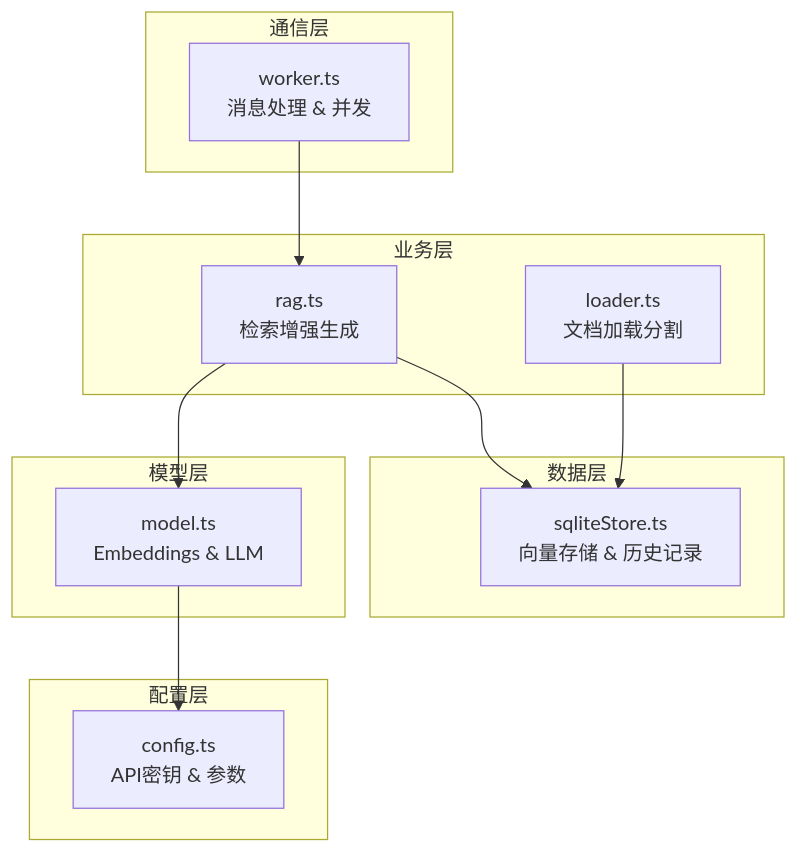
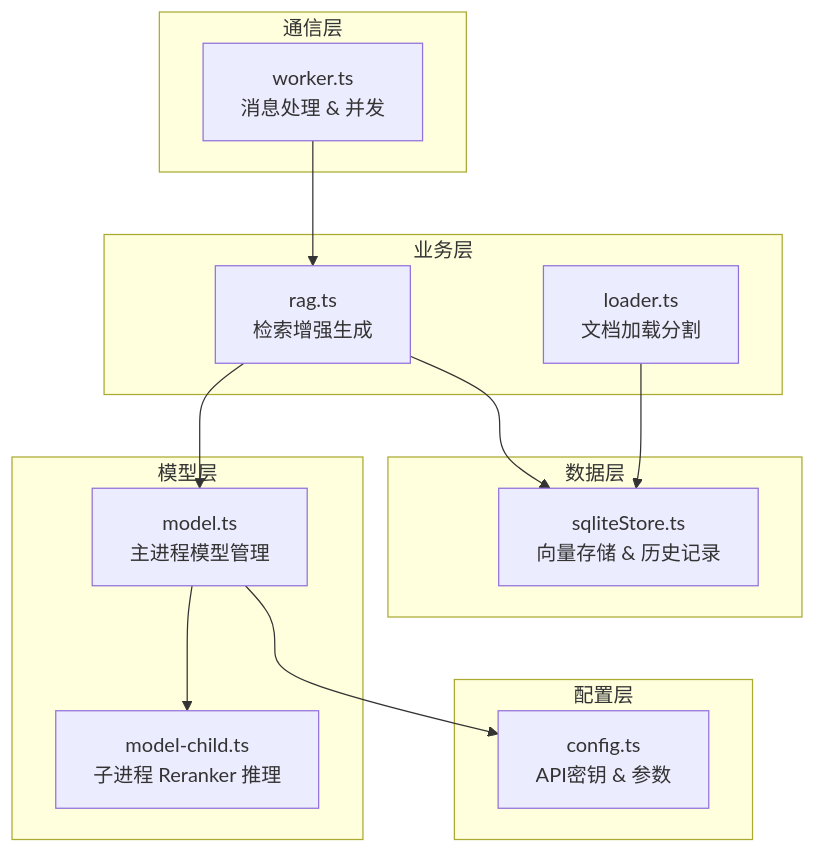
Before and after one commit to xyst123/library: the fifth of 5 diagrams in docs/ai-learning/00-architecture.md, drawn with Mermaid. The commit also changed other lines of this file and 1 other file, not shown here.

````diff
--- a/docs/ai-learning/00-architecture.md
+++ b/docs/ai-learning/00-architecture.md
@@ -148,29 +156,31 @@
 ```mermaid
 flowchart TB
     subgraph "数据层"
         A["sqliteStore.ts<br/>向量存储 & 历史记录"]
     end
-    
+
     subgraph "模型层"
-        B["model.ts<br/>Embeddings & LLM"]
+        B["model.ts<br/>主进程模型管理"]
+        B1["model-child.ts<br/>子进程 Reranker 推理"]
+        B --> B1
     end
-    
+
     subgraph "业务层"
         C["loader.ts<br/>文档加载分割"]
         D["rag.ts<br/>检索增强生成"]
     end
-    
+
     subgraph "通信层"
         E["worker.ts<br/>消息处理 & 并发"]
     end
-    
+
     subgraph "配置层"
         F["config.ts<br/>API密钥 & 参数"]
     end
-    
+
     E --> D
     D --> B
     D --> A
     C --> A
     B --> F
 ```
````
